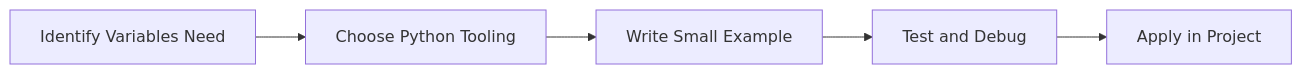
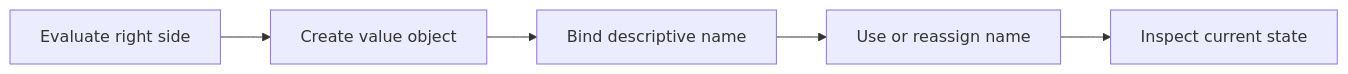
The diagram in Python-Mastery/Beginner/05-variables.md (SYMOIZ/E-Learning-Portal), drawn with Mermaid before and after one commit. The commit also changed other lines of this file and 116 other files, not shown here.

````diff
--- a/Python-Mastery/Beginner/05-variables.md
+++ b/Python-Mastery/Beginner/05-variables.md
@@ -130,7 +125,12 @@
 ```mermaid
 flowchart LR
-    A[Identify Variables Need] --> B[Choose Python Tooling]
-    B --> C[Write Small Example]
-    C --> D[Test and Debug]
-    D --> E[Apply in Project]
+    A[Evaluate right side]
+    B[Create value object]
+    C[Bind descriptive name]
+    D[Use or reassign name]
+    E[Inspect current state]
+    A --> B
+    B --> C
+    C --> D
+    D --> E
 ```
````
